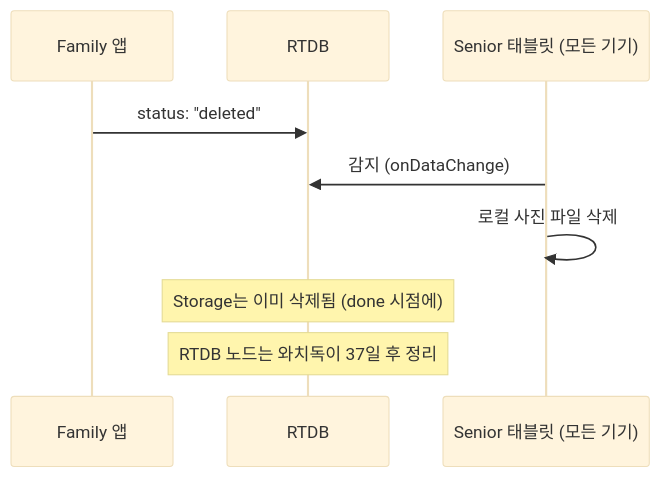
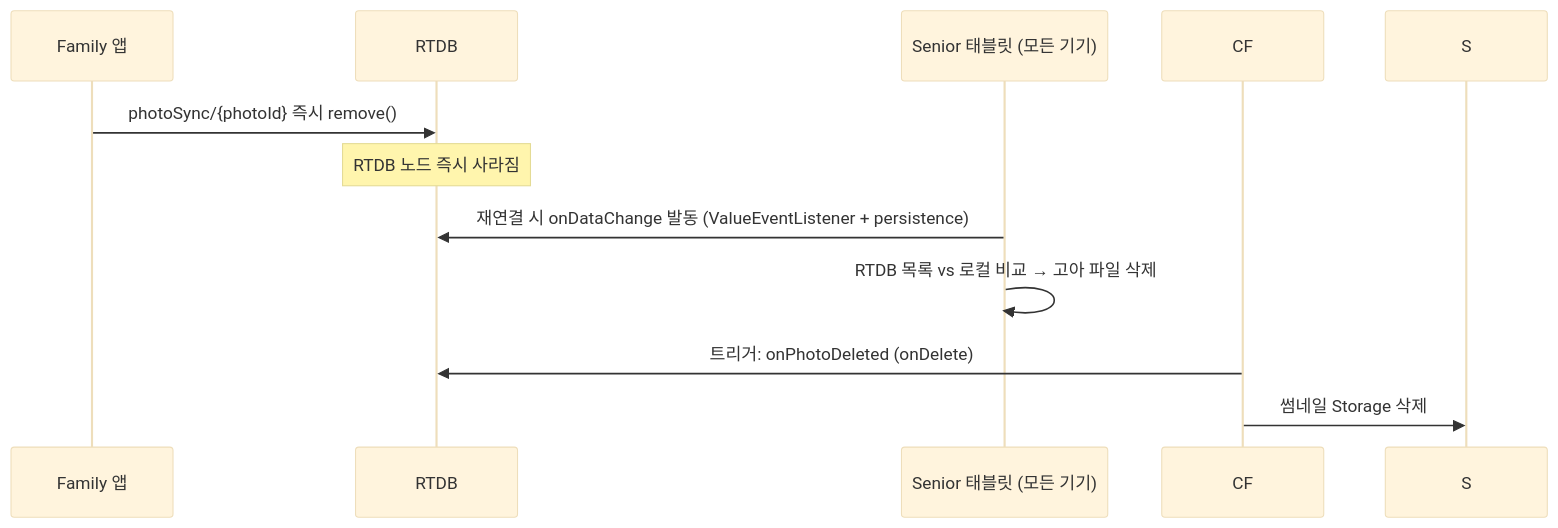
The fourth of 12 diagrams in docs/datachannel-photo-transfer.md (HANSOLJJ/senior_care_family), drawn with Mermaid (base theme) before and after one commit. The commit also changed other lines of this file and 1 other file, not shown here.

First line of the commit message:
docs: 사진/알림 동기화 시나리오 다이어그램 추가 + AP spec 업데이트

````diff
--- a/docs/datachannel-photo-transfer.md
+++ b/docs/datachannel-photo-transfer.md
@@ -257,12 +257,13 @@
 ```mermaid
 sequenceDiagram
     participant F as Family 앱
     participant R as RTDB
     participant Sr as Senior 태블릿 (모든 기기)
 
-    F->>R: status: "deleted"
-    Sr->>R: 감지 (onDataChange)
-    Sr->>Sr: 로컬 사진 파일 삭제
-    Note over R: Storage는 이미 삭제됨 (done 시점에)
-    Note over R: RTDB 노드는 와치독이 37일 후 정리
+    F->>R: photoSync/{photoId} 즉시 remove()
+    Note over R: RTDB 노드 즉시 사라짐
+    Sr->>R: 재연결 시 onDataChange 발동 (ValueEventListener + persistence)
+    Sr->>Sr: RTDB 목록 vs 로컬 비교 → 고아 파일 삭제
+    CF->>R: 트리거: onPhotoDeleted (onDelete)
+    CF->>S: 썸네일 Storage 삭제
 ```
````
